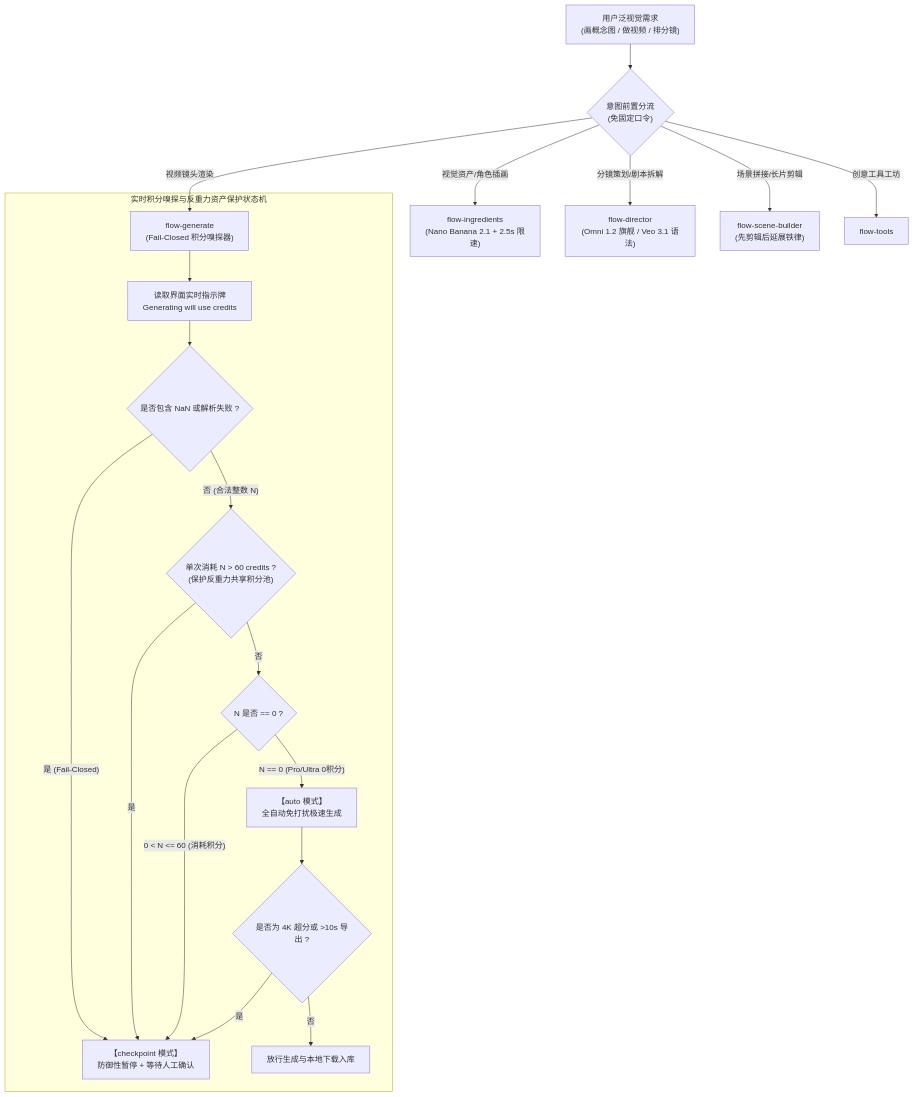
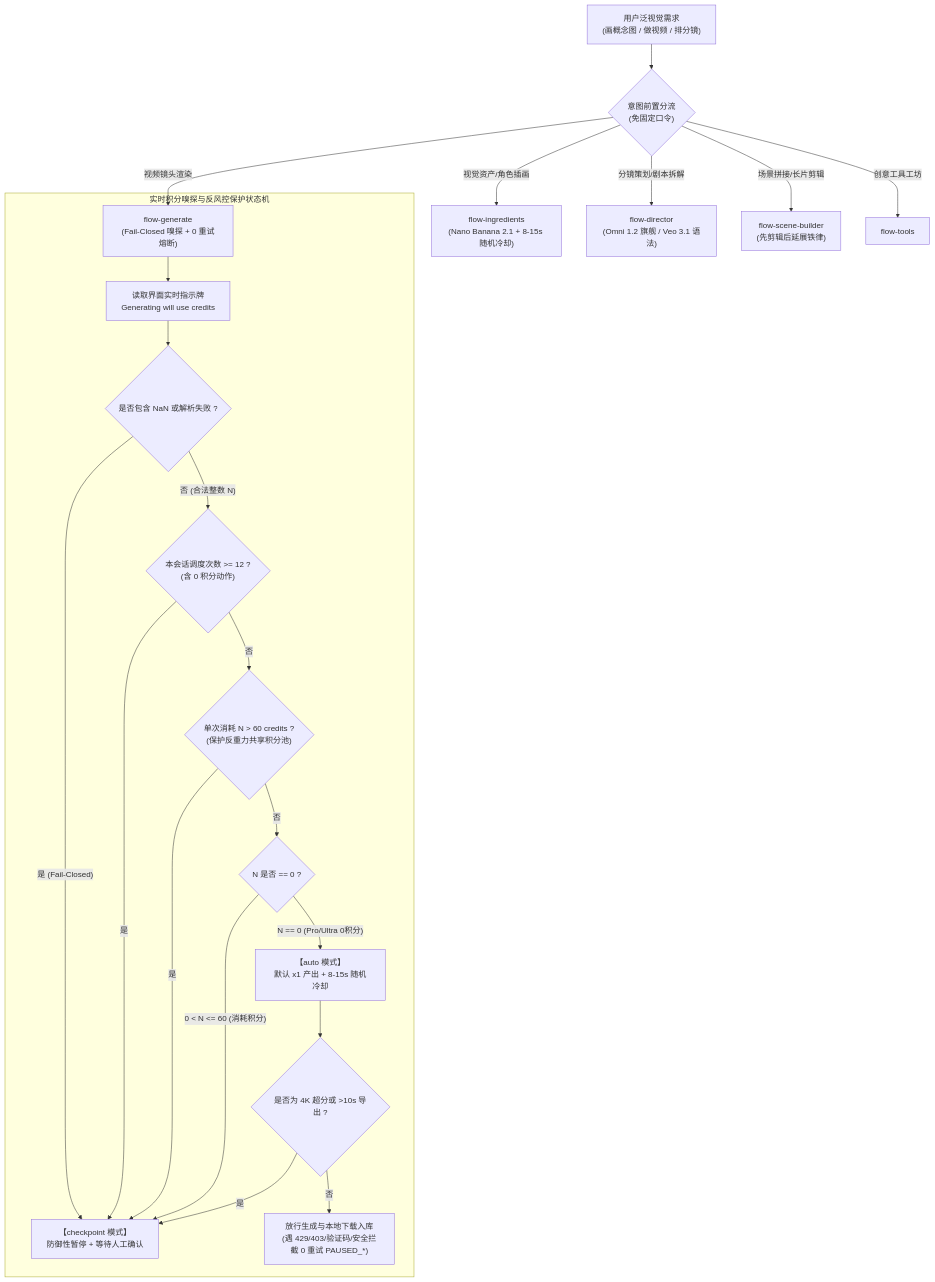
One commit to qq136692547-cmyk/antigravity-flow changed the diagram in README.md. Above: the diagram before and after it, drawn with Mermaid. The commit also changed other lines of this file and 16 other files, not shown here.

````diff
--- a/README.md
+++ b/README.md
@@ -142,23 +144,25 @@
 ```mermaid
 flowchart TD
     User["用户泛视觉需求\n(画概念图 / 做视频 / 排分镜)"] --> Router{"意图前置分流\n(免固定口令)"}
-    Router -->|"视觉资产/角色插画"| Ing["flow-ingredients\n(Nano Banana 2.1 + 2.5s 限速)"]
+    Router -->|"视觉资产/角色插画"| Ing["flow-ingredients\n(Nano Banana 2.1 + 8-15s 随机冷却)"]
     Router -->|"分镜策划/剧本拆解"| Dir["flow-director\n(Omni 1.2 旗舰 / Veo 3.1 语法)"]
-    Router -->|"视频镜头渲染"| Gen["flow-generate\n(Fail-Closed 积分嗅探器)"]
+    Router -->|"视频镜头渲染"| Gen["flow-generate\n(Fail-Closed 嗅探 + 0 重试熔断)"]
     Router -->|"场景拼接/长片剪辑"| Scene["flow-scene-builder\n(先剪辑后延展铁律)"]
     Router -->|"创意工具工坊"| Tools["flow-tools"]
 
-    subgraph SnifferLogic ["实时积分嗅探与反重力资产保护状态机"]
+    subgraph SnifferLogic ["实时积分嗅探与反风控保护状态机"]
         Gen --> CheckSniffer["读取界面实时指示牌\nGenerating will use <N> credits"]
         CheckSniffer --> NanCheck{"是否包含 NaN 或解析失败 ?"}
         NanCheck -->|"是 (Fail-Closed)"| CheckpointMode["【checkpoint 模式】\n防御性暂停 + 等待人工确认"]
-        NanCheck -->|"否 (合法整数 N)"| CeilingCheck{"单次消耗 N > 60 credits ?\n(保护反重力共享积分池)"}
+        NanCheck -->|"否 (合法整数 N)"| DispatchCap{"本会话调度次数 >= 12 ?\n(含 0 积分动作)"}
+        DispatchCap -->|"是"| CheckpointMode
+        DispatchCap -->|"否"| CeilingCheck{"单次消耗 N > 60 credits ?\n(保护反重力共享积分池)"}
         CeilingCheck -->|"是"| CheckpointMode
         CeilingCheck -->|"否"| CostJudge{"N 是否 == 0 ?"}
-        CostJudge -->|"N == 0 (Pro/Ultra 0积分)"| AutoMode["【auto 模式】\n全自动免打扰极速生成"]
+        CostJudge -->|"N == 0 (Pro/Ultra 0积分)"| AutoMode["【auto 模式】\n默认 x1 产出 + 8-15s 随机冷却"]
         CostJudge -->|"0 < N <= 60 (消耗积分)"| CheckpointMode
         AutoMode --> UpscaleJudge{"是否为 4K 超分或 >10s 导出 ?"}
         UpscaleJudge -->|"是"| CheckpointMode
-        UpscaleJudge -->|"否"| Proceed["放行生成与本地下载入库"]
+        UpscaleJudge -->|"否"| Proceed["放行生成与本地下载入库\n(遇 429/403/验证码/安全拦截 0 重试 PAUSED_*)"]
     end
 ```
````
